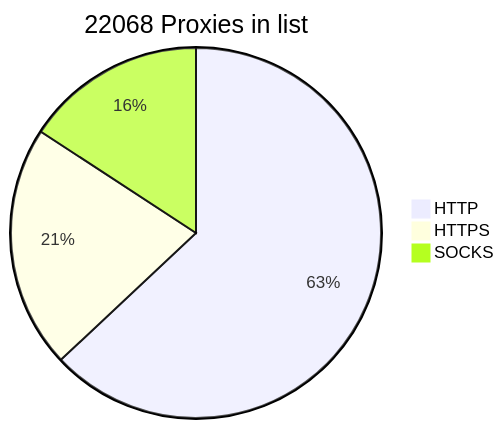
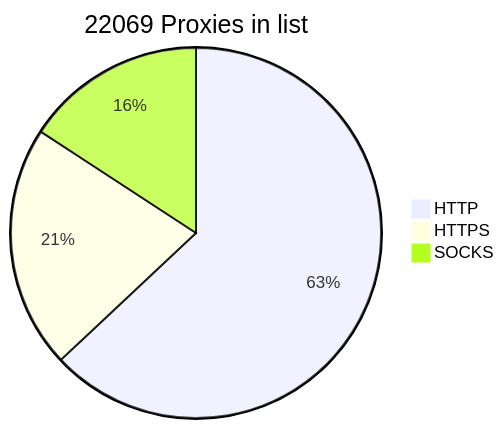
Before and after one commit to BlackSnowDot/proxylist-update-every-minute: the diagram in README.md, drawn with Mermaid.

````diff
--- a/README.md
+++ b/README.md
@@ -2,6 +2,6 @@
 ```mermaid
-pie title 22068 Proxies in list
+pie title 22069 Proxies in list
     "HTTP" : 15846
     "HTTPS": 5333
-    "SOCKS" : 3971
+    "SOCKS" : 3972
 ```
````
